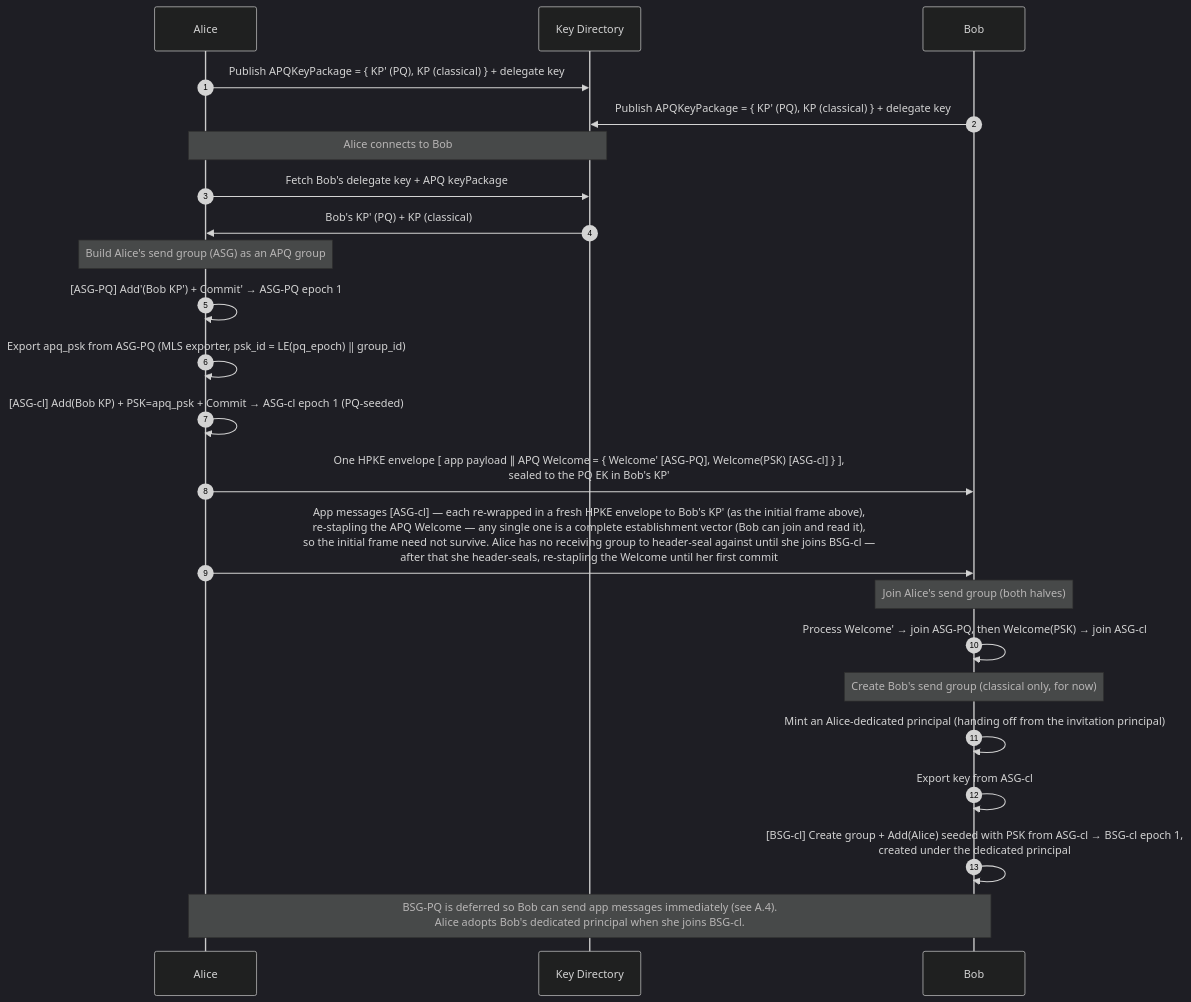
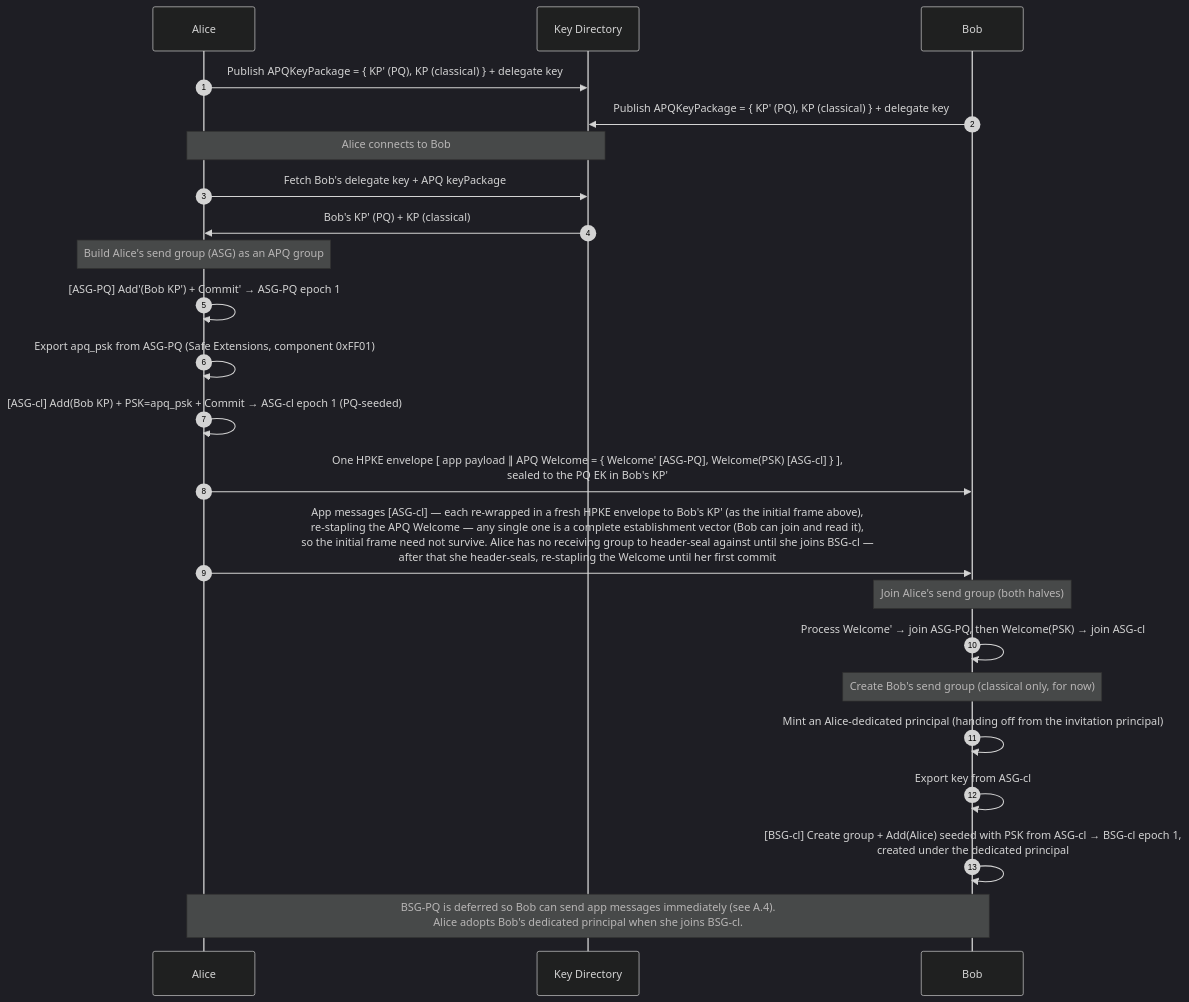
Before and after one commit to germ-network/TwoMLSPQ: the sixth of 10 diagrams in two-mls-pq/book/src/protocol-flows.md, drawn with Mermaid (dark theme). The commit also changed other lines of this file, not shown here.

First line of the commit message:
Correct the conformance note: the PSK recipe is draft-02's

````diff
--- a/two-mls-pq/book/src/protocol-flows.md
+++ b/two-mls-pq/book/src/protocol-flows.md
@@ -272,31 +276,31 @@
 ```mermaid
 sequenceDiagram
     autonumber
     participant Alice
     participant KeyDir as Key Directory
     participant Bob
 
     Alice->>KeyDir: Publish APQKeyPackage = { KP' (PQ), KP (classical) } + delegate key
     Bob->>KeyDir: Publish APQKeyPackage = { KP' (PQ), KP (classical) } + delegate key
 
     Note over Alice,KeyDir: Alice connects to Bob
     Alice->>KeyDir: Fetch Bob's delegate key + APQ keyPackage
     KeyDir->>Alice: Bob's KP' (PQ) + KP (classical)
 
     Note over Alice: Build Alice's send group (ASG) as an APQ group
     Alice->>Alice: [ASG-PQ] Add'(Bob KP') + Commit' → ASG-PQ epoch 1
-    Alice->>Alice: Export apq_psk from ASG-PQ (MLS exporter, psk_id = LE(pq_epoch) ‖ group_id)
+    Alice->>Alice: Export apq_psk from ASG-PQ (Safe Extensions, component 0xFF01)
     Alice->>Alice: [ASG-cl] Add(Bob KP) + PSK=apq_psk + Commit → ASG-cl epoch 1 (PQ-seeded)
 
     Alice->>Bob: One HPKE envelope [ app payload ∥ APQ Welcome = { Welcome' [ASG-PQ], Welcome(PSK) [ASG-cl] } ],<br/>sealed to the PQ EK in Bob's KP'
     Alice->>Bob: App messages [ASG-cl] — each re-wrapped in a fresh HPKE envelope to Bob's KP' (as the initial frame above),<br/>re-stapling the APQ Welcome — any single one is a complete establishment vector (Bob can join and read it),<br/>so the initial frame need not survive. Alice has no receiving group to header-seal against until she joins BSG-cl —<br/>after that she header-seals, re-stapling the Welcome until her first commit
 
     Note over Bob: Join Alice's send group (both halves)
     Bob->>Bob: Process Welcome' → join ASG-PQ, then Welcome(PSK) → join ASG-cl
 
     Note over Bob: Create Bob's send group (classical only, for now)
     Bob->>Bob: Mint an Alice-dedicated principal (handing off from the invitation principal)
     Bob->>Bob: Export key from ASG-cl
     Bob->>Bob: [BSG-cl] Create group + Add(Alice) seeded with PSK from ASG-cl → BSG-cl epoch 1,<br/>created under the dedicated principal
     Note over Alice,Bob: BSG-PQ is deferred so Bob can send app messages immediately (see A.4).<br/>Alice adopts Bob's dedicated principal when she joins BSG-cl.
 ```
````
